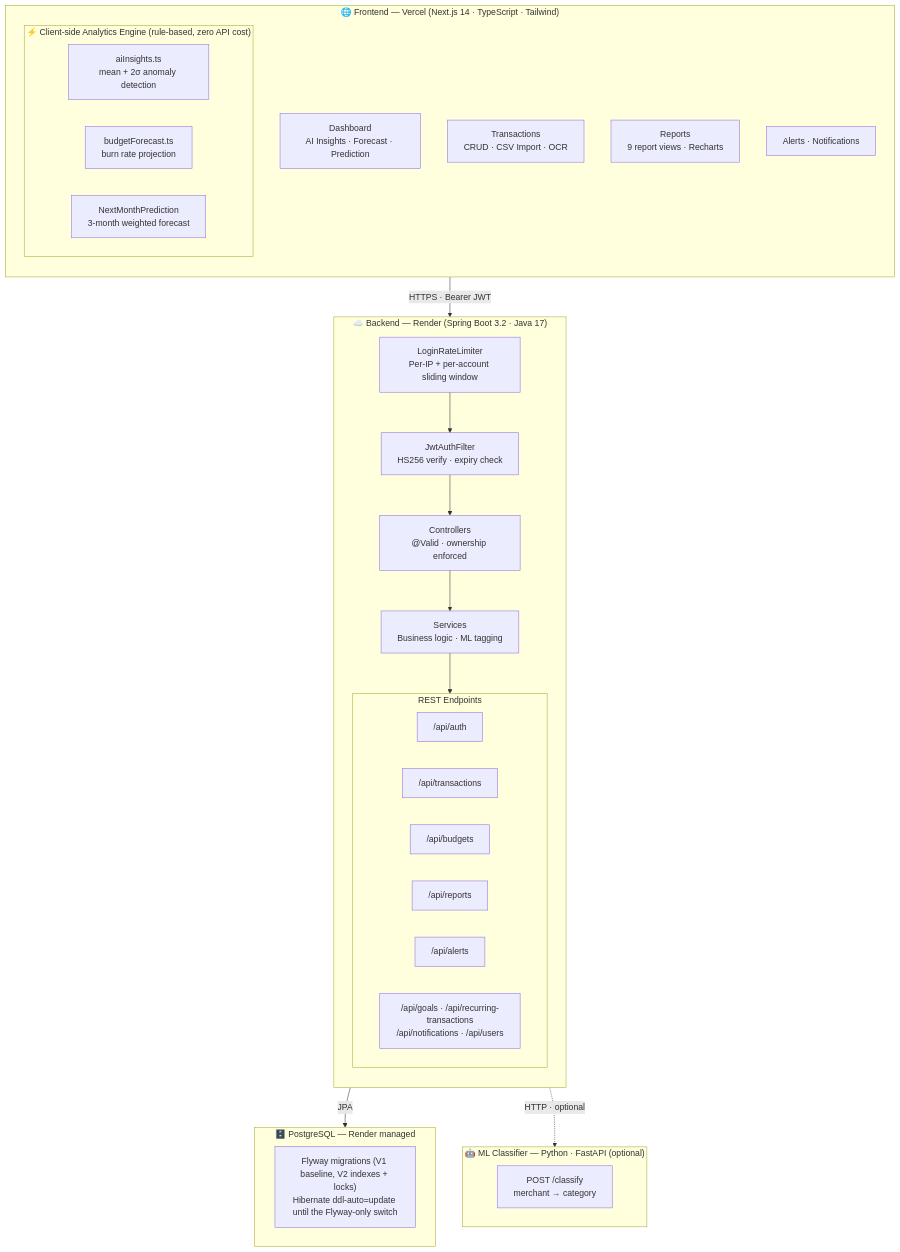
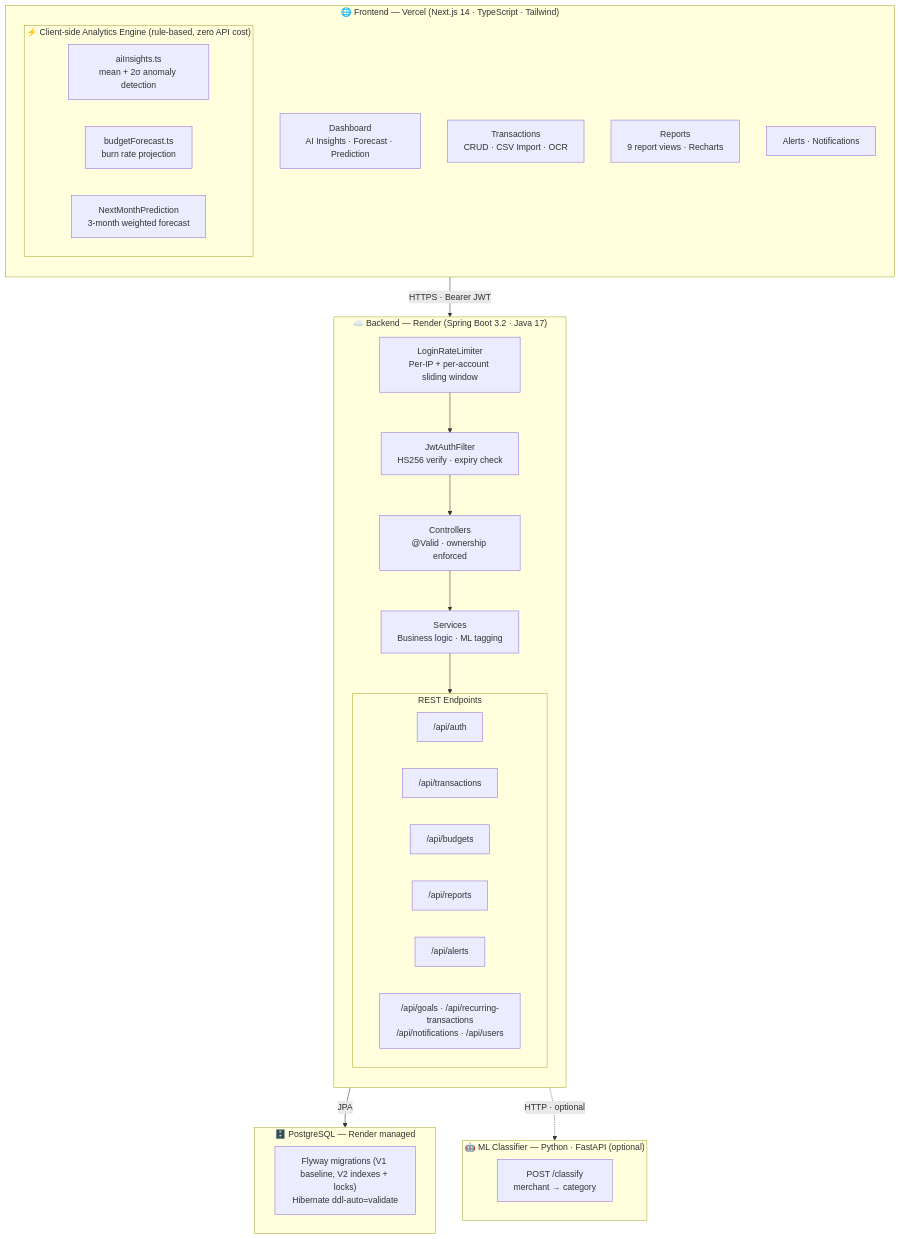
The diagram in README.md (GanasalaChandana/FinTrack-AI-Powered-Personal-Finance-Platform), drawn with Mermaid before and after one commit. The commit also changed other lines of this file and 2 other files, not shown here.

First line of the commit message:
feat(db): Flyway owns the schema; Hibernate only validates

````diff
--- a/README.md
+++ b/README.md
@@ -90,46 +90,46 @@
 ```mermaid
 flowchart TD
     subgraph FE["🌐 Frontend — Vercel (Next.js 14 · TypeScript · Tailwind)"]
         direction TB
         dash["Dashboard\nAI Insights · Forecast · Prediction"]
         txn["Transactions\nCRUD · CSV Import · OCR"]
         rep["Reports\n9 report views · Recharts"]
         ale["Alerts · Notifications"]
 
         subgraph AI["⚡ Client-side Analytics Engine (rule-based, zero API cost)"]
             ai1["aiInsights.ts\nmean + 2σ anomaly detection"]
             ai2["budgetForecast.ts\nburn rate projection"]
             ai3["NextMonthPrediction\n3-month weighted forecast"]
         end
     end
 
     subgraph BE["☁️ Backend — Render (Spring Boot 3.2 · Java 17)"]
         direction TB
         rl["LoginRateLimiter\nPer-IP + per-account sliding window"]
         jwt["JwtAuthFilter\nHS256 verify · expiry check"]
         ctrl["Controllers\n@Valid · ownership enforced"]
         svc["Services\nBusiness logic · ML tagging"]
 
         subgraph API["REST Endpoints"]
             a1["/api/auth"]
             a2["/api/transactions"]
             a3["/api/budgets"]
             a4["/api/reports"]
             a5["/api/alerts"]
             a6["/api/goals · /api/recurring-transactions\n/api/notifications · /api/users"]
         end
     end
 
     subgraph DB["🗄️ PostgreSQL — Render managed"]
-        migrations["Flyway migrations (V1 baseline, V2 indexes + locks)\nHibernate ddl-auto=update until the Flyway-only switch"]
+        migrations["Flyway migrations (V1 baseline, V2 indexes + locks)\nHibernate ddl-auto=validate"]
     end
 
     subgraph ML["🤖 ML Classifier — Python · FastAPI (optional)"]
         classify["POST /classify\nmerchant → category"]
     end
 
     FE -- "HTTPS · Bearer JWT" --> BE
     rl --> jwt --> ctrl --> svc --> API
     svc -- "JPA" --> DB
     svc -. "HTTP · optional" .-> ML
 ```
````
